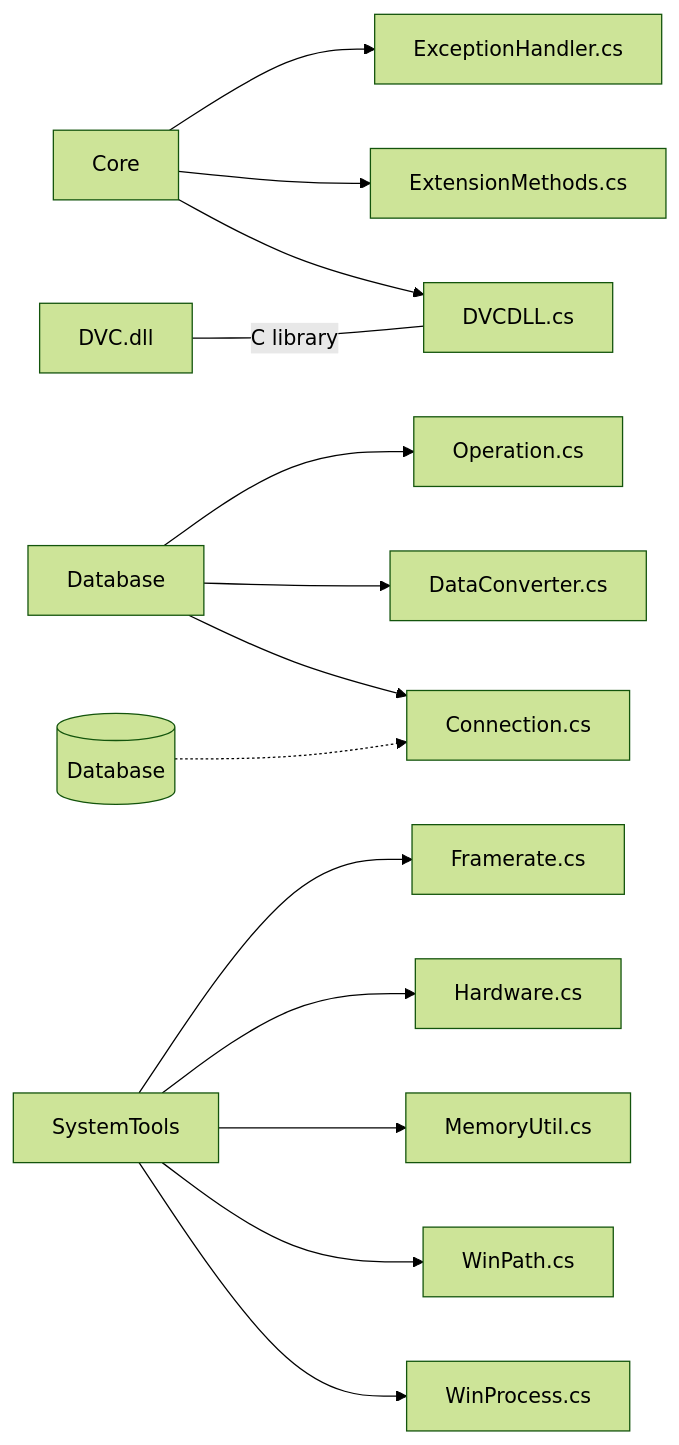
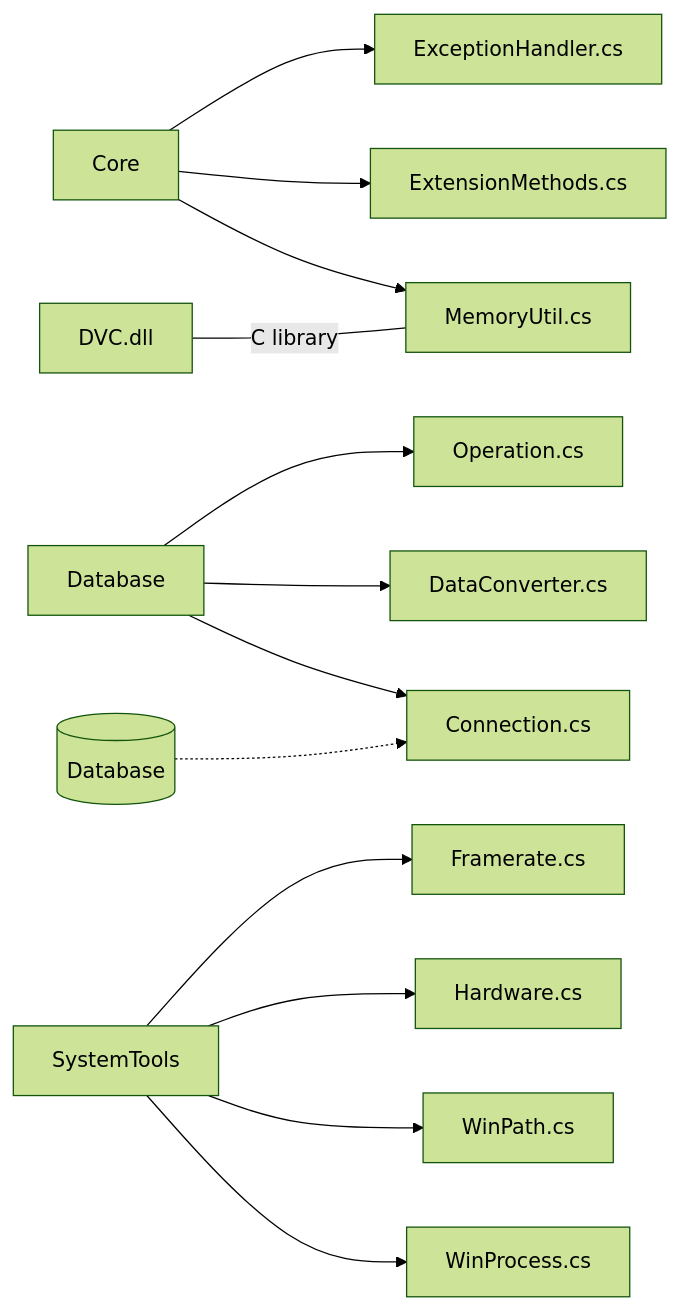
One commit to grimy86/DataVista changed the diagram in README.md. Above: the diagram before and after it, drawn with Mermaid (forest theme). The commit also changed other lines of this file and 6 other files, not shown here.

````diff
--- a/README.md
+++ b/README.md
@@ -49,20 +49,19 @@
 ```mermaid
 graph LR;
 	Core --> ExceptionHandler.cs
 	Core --> ExtensionMethods.cs
-	Core --> DVCDLL.cs
+	Core --> MemoryUtil.cs
 	
-	DVC.dll --C library--- DVCDLL.cs
+	DVC.dll --C library--- MemoryUtil.cs
 	
 	Database --> Operation.cs
 	Database --> DataConverter.cs
 	Database --> Connection.cs
-
+ 
 	SQL[(Database)] -.-> Connection.cs	
-
+ 
 	SystemTools --> Framerate.cs
 	SystemTools --> Hardware.cs
-	SystemTools --> MemoryUtil.cs
 	SystemTools --> WinPath.cs
 	SystemTools --> WinProcess.cs
 ```
````
